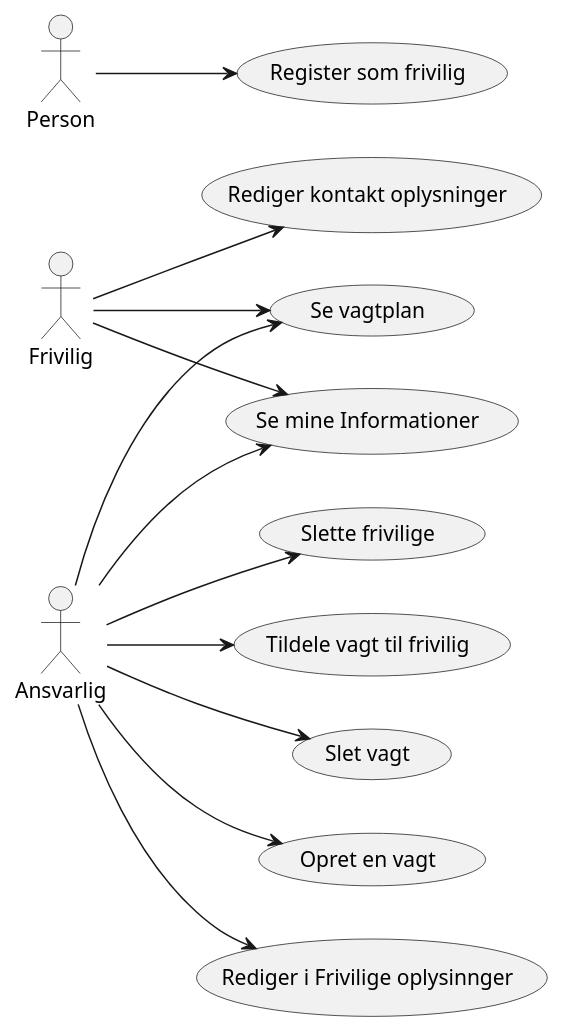
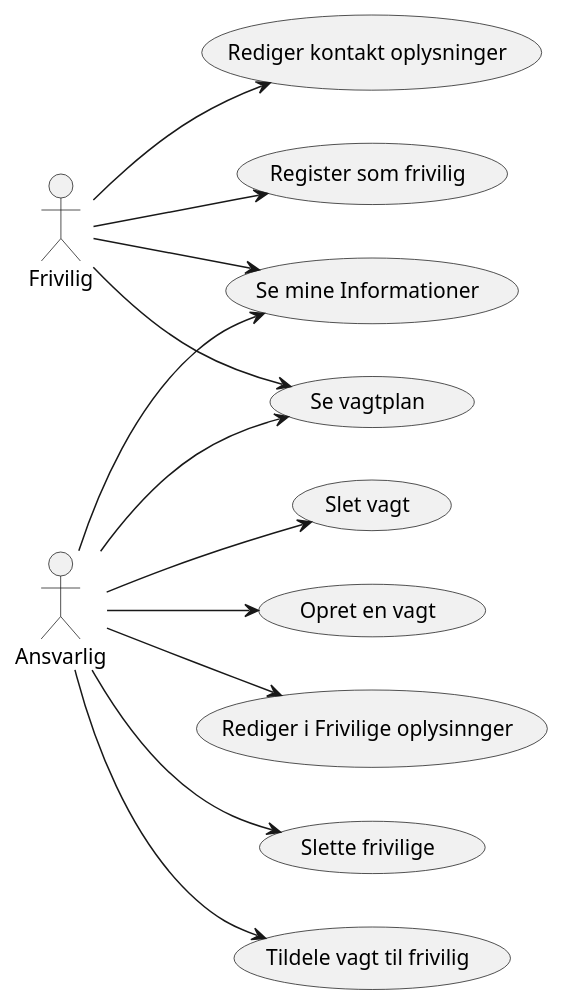
Before and after one commit to juliusstr/RoskildeProjektFrivillige62514: the diagram in src/grafik/UseCase.puml, drawn with PlantUML. The commit also changed 3 other files, not shown here.

```diff
--- a/src/grafik/UseCase.puml
+++ b/src/grafik/UseCase.puml
@@ -1,23 +1,22 @@
 @startuml
 'https://plantuml.com/use-case-diagram
 left to right direction
 
 :Ansvarlig: as Ansvarlig
 :Frivilig: as Frivilig
-:Person: as Person
 
-Person --> (Register som frivilig)
+Frivilig --> (Register som frivilig)
 Frivilig --> (Se vagtplan)
 Frivilig --> (Rediger kontakt oplysninger)
 Ansvarlig --> (Rediger i Frivilige oplysinnger)
 Ansvarlig --> (Slette frivilige)
 Ansvarlig --> (Tildele vagt til frivilig)
 Ansvarlig --> (Se vagtplan)
 Ansvarlig --> (Slet vagt)
 Ansvarlig --> (Opret en vagt)
 Ansvarlig --> (Se mine Informationer)
 Frivilig --> (Se mine Informationer)
 
 
 
 @enduml
```
